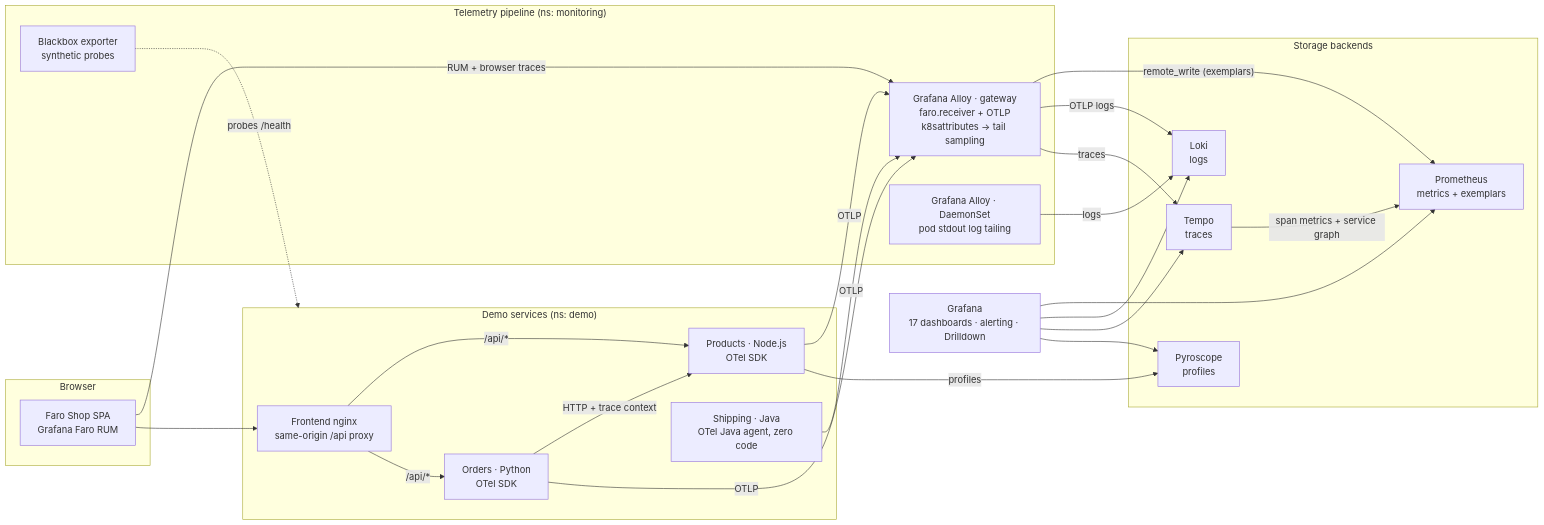
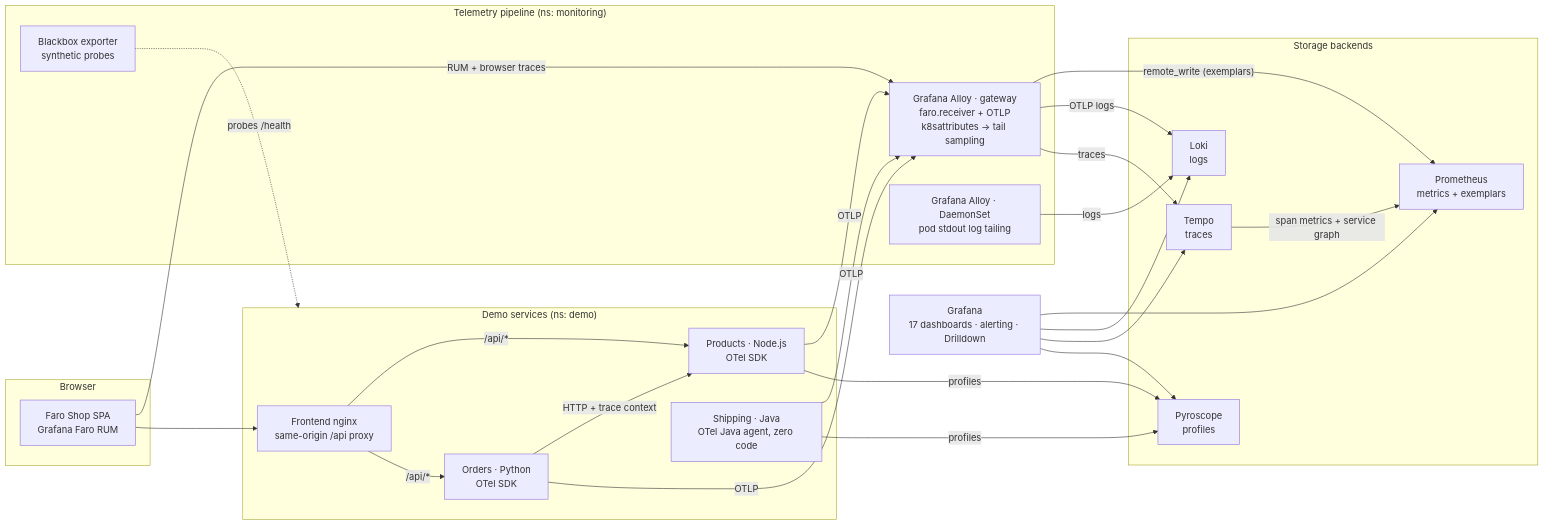
Before and after one commit to jsalvarredy/grafana-otel-demo: the diagram in README.md, drawn with Mermaid. The commit also changed other lines of this file and 8 other files, not shown here.

````diff
--- a/README.md
+++ b/README.md
@@ -78,48 +78,49 @@
 ```mermaid
 flowchart LR
     subgraph browser["Browser"]
         FARO["Faro Shop SPA<br/>Grafana Faro RUM"]
     end
 
     subgraph demo["Demo services (ns: demo)"]
         FE["Frontend nginx<br/>same-origin /api proxy"]
         P["Products · Node.js<br/>OTel SDK"]
         O["Orders · Python<br/>OTel SDK"]
         S["Shipping · Java<br/>OTel Java agent, zero code"]
     end
 
     subgraph pipeline["Telemetry pipeline (ns: monitoring)"]
         A["Grafana Alloy · gateway<br/>faro.receiver + OTLP<br/>k8sattributes → tail sampling"]
         AL["Grafana Alloy · DaemonSet<br/>pod stdout log tailing"]
         BB["Blackbox exporter<br/>synthetic probes"]
     end
 
     subgraph storage["Storage backends"]
         PR["Prometheus<br/>metrics + exemplars"]
         L["Loki<br/>logs"]
         T["Tempo<br/>traces"]
         PY["Pyroscope<br/>profiles"]
     end
 
     G["Grafana<br/>17 dashboards · alerting · Drilldown"]
 
     FARO -- "RUM + browser traces" --> A
     FARO --> FE
     FE -- "/api/*" --> P
     FE -- "/api/*" --> O
     O -- "HTTP + trace context" --> P
     P -- OTLP --> A
     O -- OTLP --> A
     S -- OTLP --> A
     P -- profiles --> PY
+    S -- profiles --> PY
     A -- "remote_write (exemplars)" --> PR
     A -- "OTLP logs" --> L
     A -- traces --> T
     AL -- logs --> L
     T -- "span metrics + service graph" --> PR
     BB -. "probes /health" .-> demo
     G --> PR
     G --> L
     G --> T
     G --> PY
 ```
````
